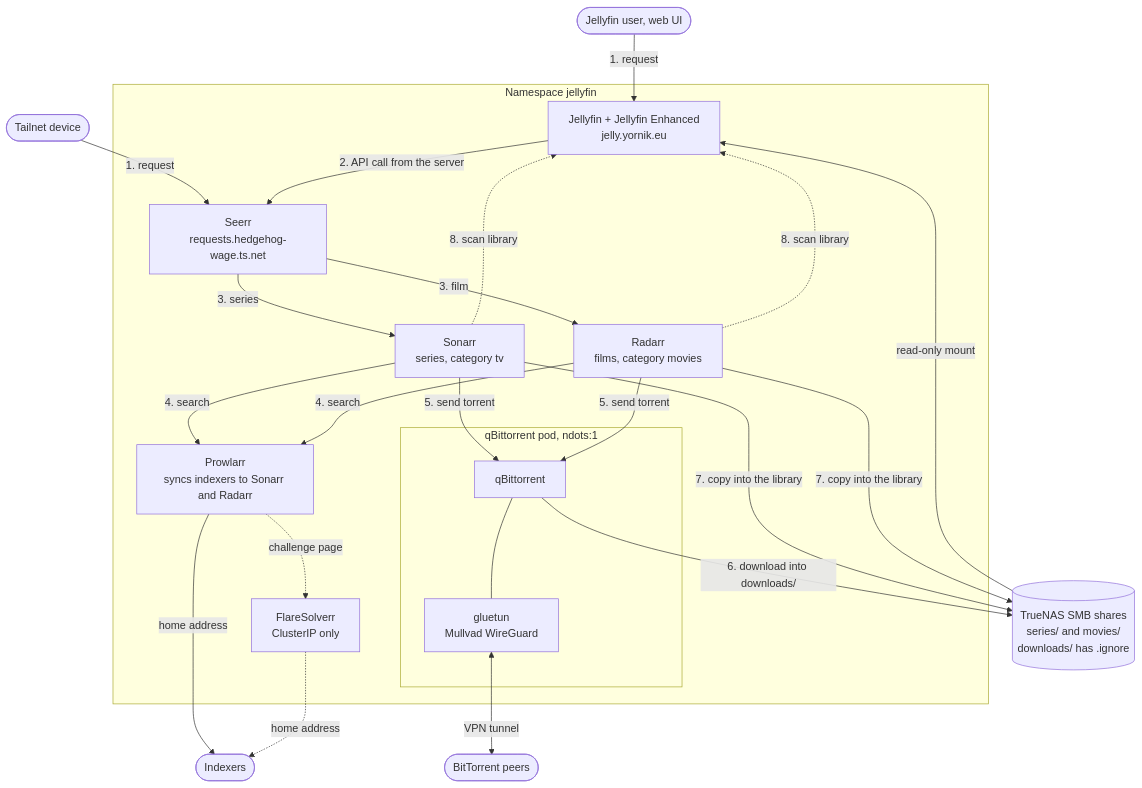
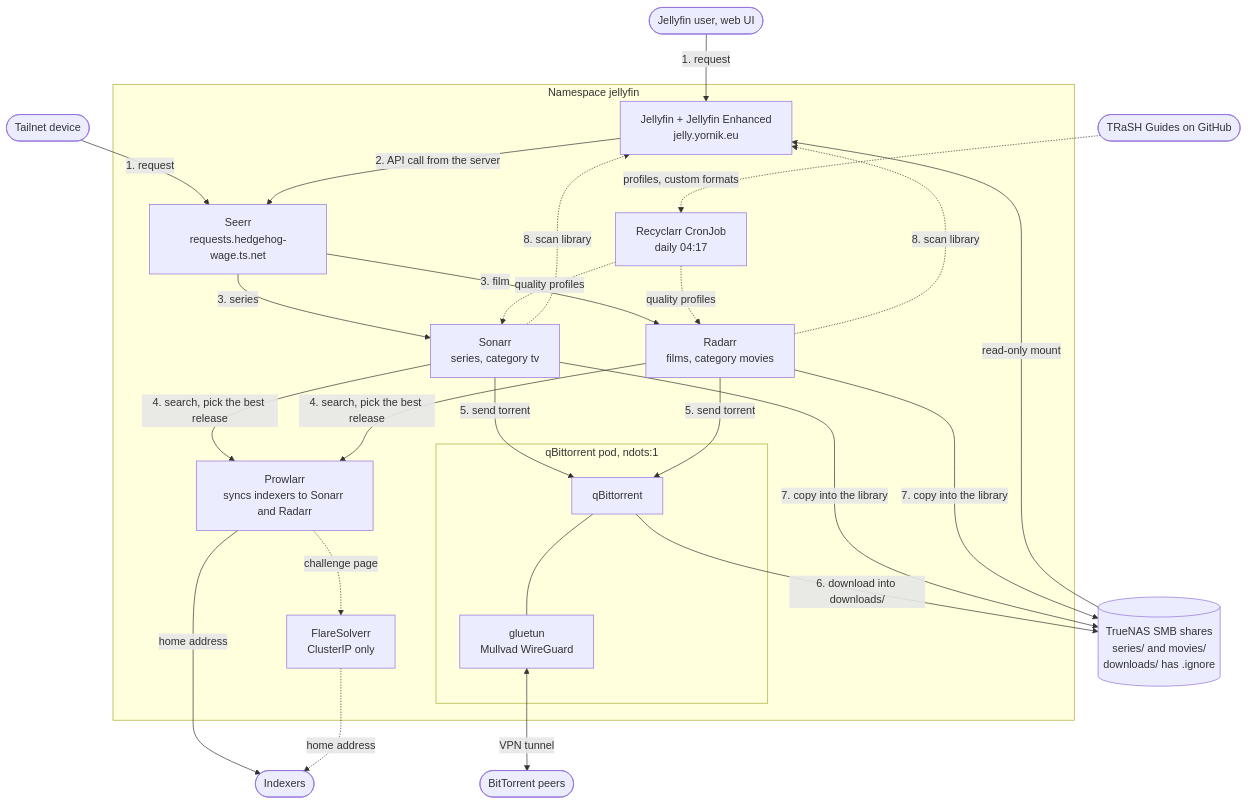
Before and after one commit to Yornik/sharkshere-gitops: the second of 3 diagrams in docs/tech/README.md, drawn with Mermaid. The commit also changed other lines of this file and 2 other files, not shown here.

First line of the commit message:
Recyclarr: add Remux 2160p profiles and bad-release filtering

````diff
--- a/docs/tech/README.md
+++ b/docs/tech/README.md
@@ -85,36 +85,40 @@
 ```mermaid
 flowchart TB
   User([Jellyfin user, web UI])
   TailUser([Tailnet device])
 
   subgraph NS["Namespace jellyfin"]
     Jellyfin["Jellyfin + Jellyfin Enhanced<br/>jelly.yornik.eu"]
     Seerr["Seerr<br/>requests.hedgehog-wage.ts.net"]
     Sonarr["Sonarr<br/>series, category tv"]
     Radarr["Radarr<br/>films, category movies"]
     Prowlarr["Prowlarr<br/>syncs indexers to Sonarr and Radarr"]
     Flare["FlareSolverr<br/>ClusterIP only"]
+    Recyclarr["Recyclarr CronJob<br/>daily 04:17"]
     subgraph QB["qBittorrent pod, ndots:1"]
       QBit["qBittorrent"] --- Gluetun["gluetun<br/>Mullvad WireGuard"]
     end
   end
 
   NAS[("TrueNAS SMB shares<br/>series/ and movies/<br/>downloads/ has .ignore")]
   Indexers([Indexers])
   Peers([BitTorrent peers])
+  Trash([TRaSH Guides on GitHub])
 
   User -->|1. request| Jellyfin
   TailUser -->|1. request| Seerr
   Jellyfin -->|"2. API call from the server"| Seerr
   Seerr -->|3. series| Sonarr
   Seerr -->|3. film| Radarr
-  Sonarr & Radarr -->|4. search| Prowlarr
+  Sonarr & Radarr -->|"4. search, pick the best release"| Prowlarr
   Prowlarr -->|"home address"| Indexers
   Prowlarr -.->|"challenge page"| Flare -.->|"home address"| Indexers
   Sonarr & Radarr -->|5. send torrent| QBit
   Gluetun <-->|"VPN tunnel"| Peers
   QBit -->|"6. download into downloads/"| NAS
   Sonarr & Radarr -->|"7. copy into the library"| NAS
   Sonarr & Radarr -.->|"8. scan library"| Jellyfin
   NAS -->|"read-only mount"| Jellyfin
+  Trash -.->|"profiles, custom formats"| Recyclarr
+  Recyclarr -.->|"quality profiles"| Sonarr & Radarr
 ```
````
